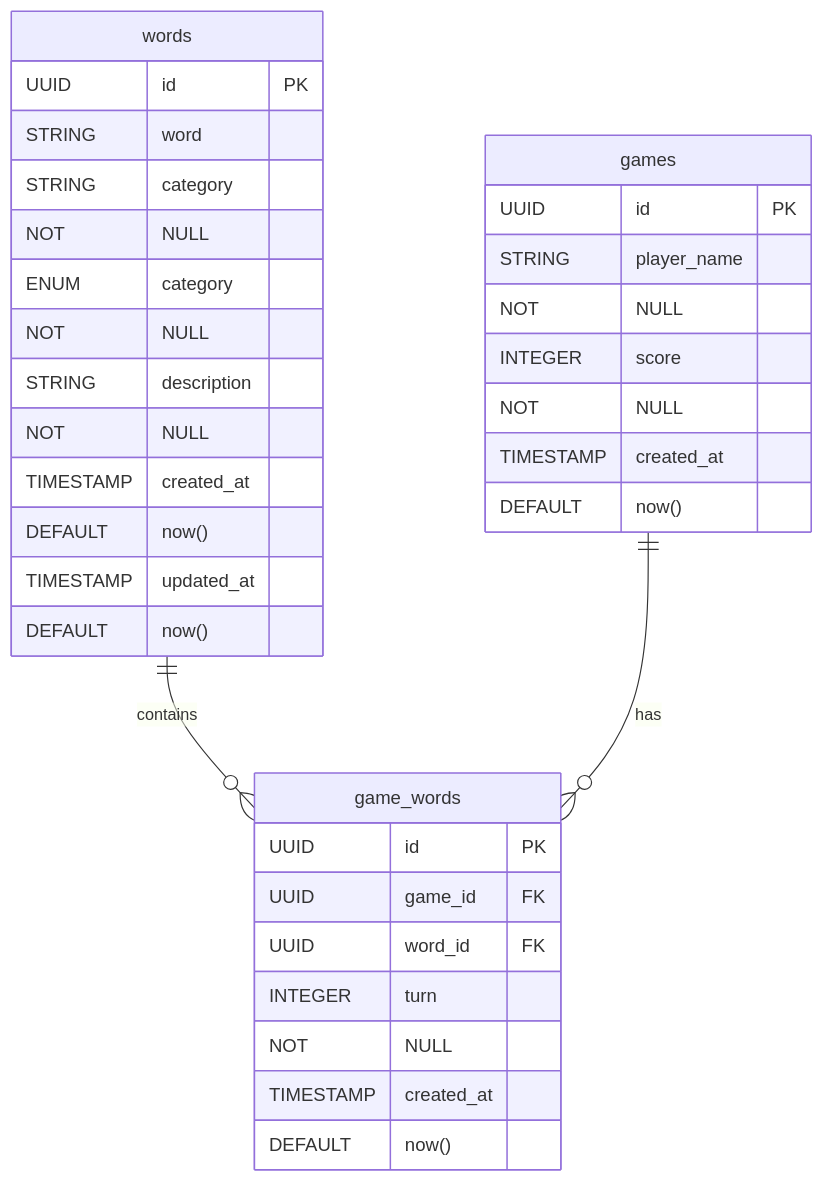
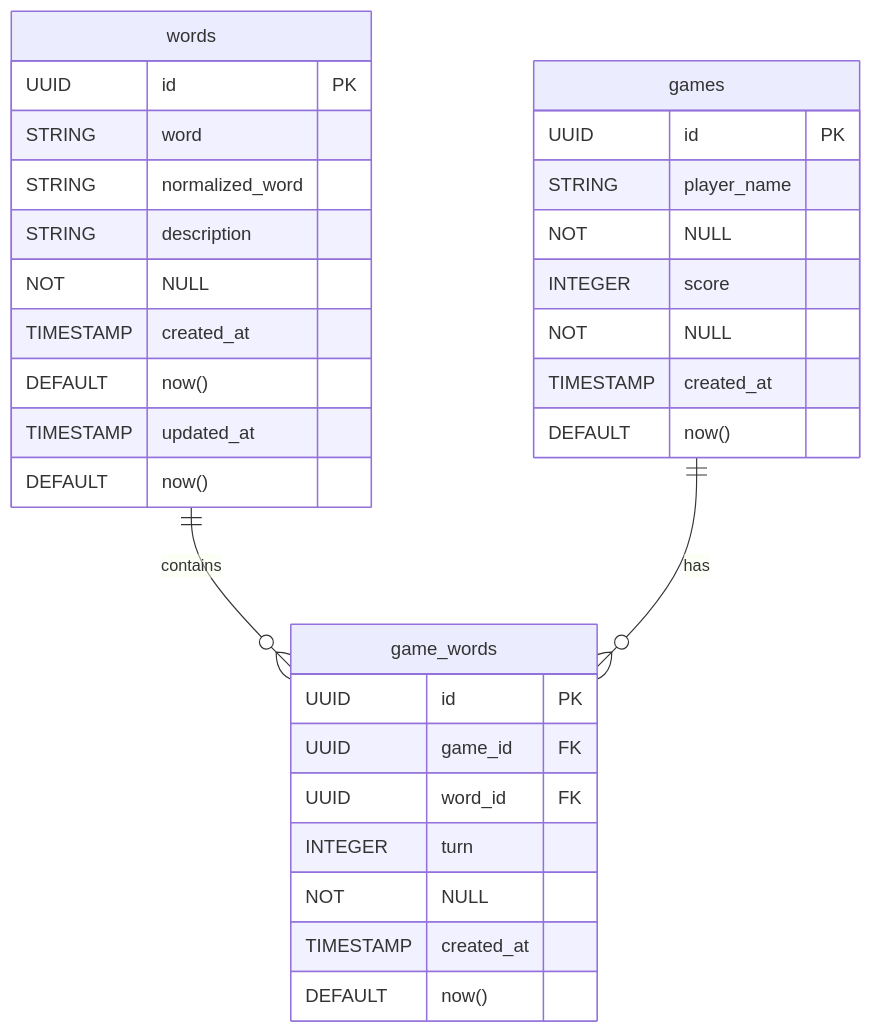
Before and after one commit to urugus/shiritoruby: the first of 2 diagrams in docs/technical_design.md, drawn with Mermaid. The commit also changed other lines of this file and 9 other files, not shown here.

````diff
--- a/docs/technical_design.md
+++ b/docs/technical_design.md
@@ -40,30 +40,29 @@
 ```mermaid
 erDiagram
     words {
         UUID id PK
         STRING word
-        STRING category NOT NULL
-        ENUM category NOT NULL
+        STRING normalized_word
         STRING description  NOT NULL
         TIMESTAMP created_at DEFAULT now()
         TIMESTAMP updated_at DEFAULT now()
     }
 
     games {
         UUID id PK
         STRING player_name NOT NULL
         INTEGER score NOT NULL
         TIMESTAMP created_at DEFAULT now()
     }
 
     game_words {
         UUID id PK
         UUID game_id FK
         UUID word_id FK
         INTEGER turn NOT NULL
         TIMESTAMP created_at DEFAULT now()
     }
 
     words ||--o{ game_words : contains
     games ||--o{ game_words : has
 ```
````
